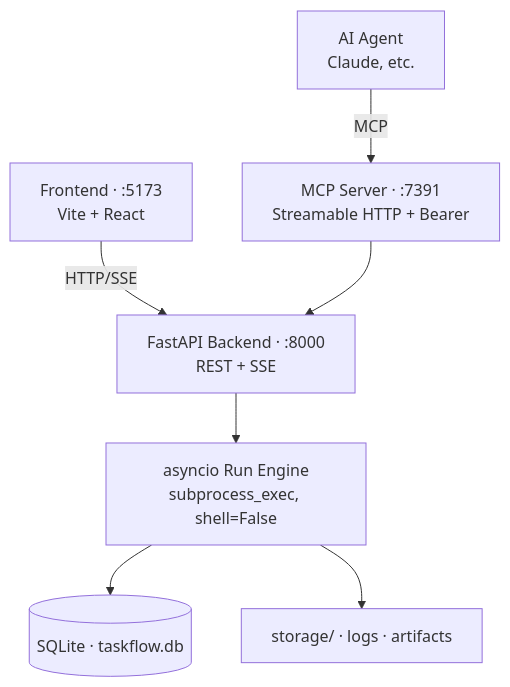
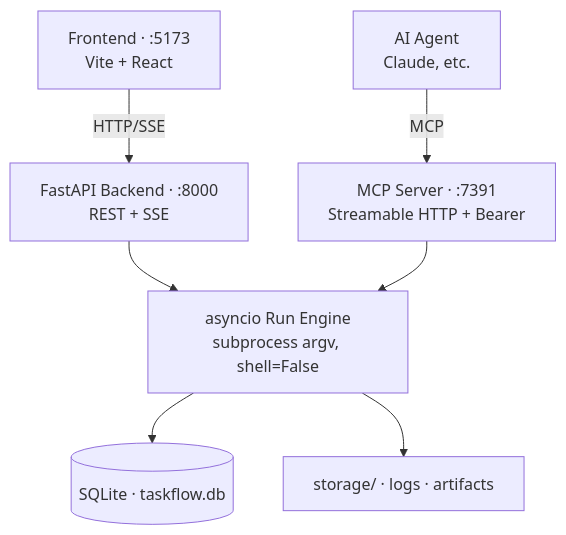
Before and after one commit to kaq6822/taskflow-mcp-server: the diagram in README.en.md, drawn with Mermaid. The commit also changed other lines of this file and 25 other files, not shown here.

````diff
--- a/README.en.md
+++ b/README.en.md
@@ -15,17 +15,17 @@
 ```mermaid
 flowchart TB
     Agent[AI Agent<br/>Claude, etc.]
     UI[Frontend · :5173<br/>Vite + React]
     API[FastAPI Backend · :8000<br/>REST + SSE]
     MCP[MCP Server · :7391<br/>Streamable HTTP + Bearer]
-    ENG[asyncio Run Engine<br/>subprocess_exec, shell=False]
+    ENG[asyncio Run Engine<br/>subprocess argv, shell=False]
     DB[(SQLite · taskflow.db)]
     FS[storage/ · logs · artifacts]
 
     UI -- HTTP/SSE --> API
     Agent -- MCP --> MCP
-    MCP --> API
     API --> ENG
+    MCP --> ENG
     ENG --> DB
     ENG --> FS
 ```
````
